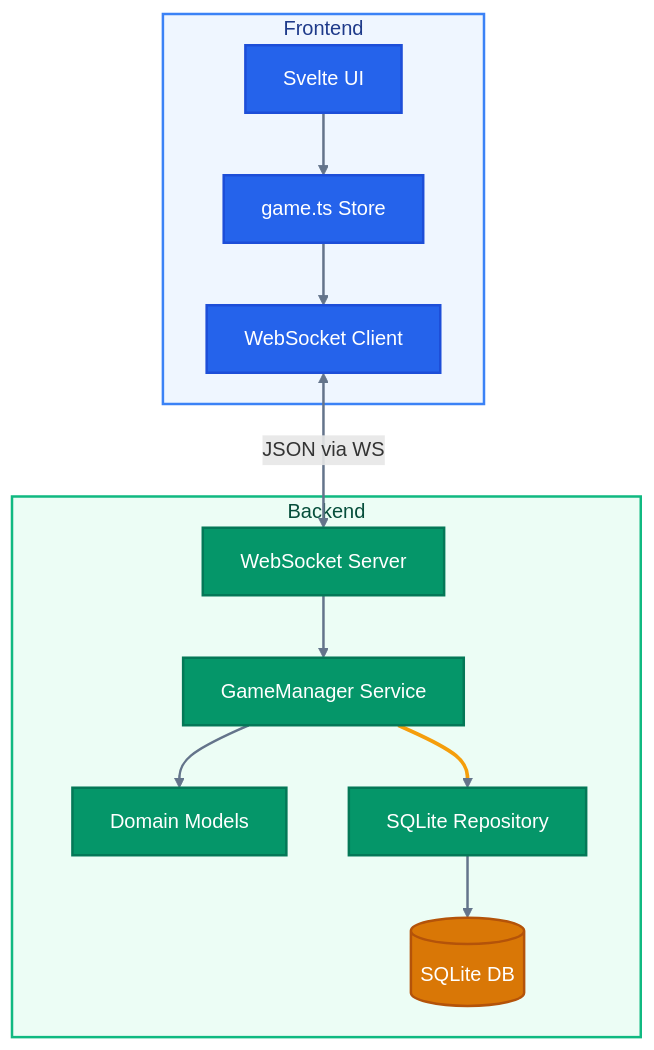
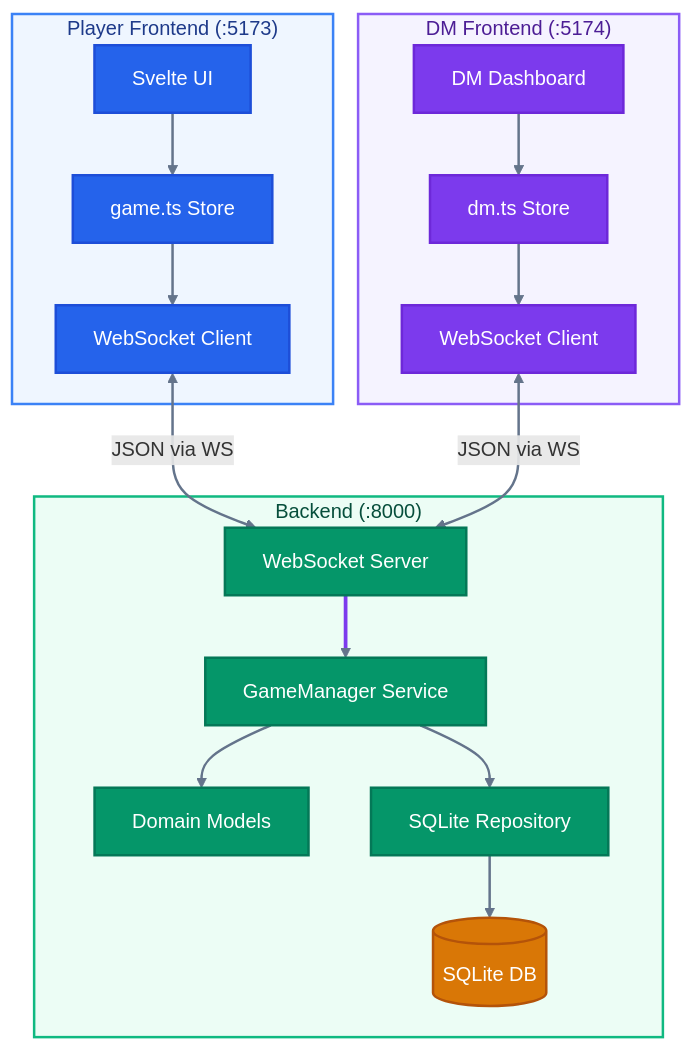
Before and after one commit to fanama/dnd: the first of 2 diagrams in README.md, drawn with Mermaid. The commit also changed other lines of this file and 22 other files, not shown here.

````diff
--- a/README.md
+++ b/README.md
@@ -45,25 +61,33 @@
 ```mermaid
 graph TD
     classDef feNode fill:#2563eb,stroke:#1d4ed8,stroke-width:2px,color:#fff;
+    classDef dmNode fill:#7c3aed,stroke:#6d28d9,stroke-width:2px,color:#fff;
     classDef beNode fill:#059669,stroke:#047857,stroke-width:2px,color:#fff;
     classDef dbNode fill:#d97706,stroke:#b45309,stroke-width:2px,color:#fff;
 
-    subgraph Frontend["Frontend"]
-        UI[Svelte UI]:::feNode --> Store[game.ts Store]:::feNode
-        Store --> WS_C[WebSocket Client]:::feNode
+    subgraph PlayFrontend["Player Frontend (:5173)"]
+        PUI[Svelte UI]:::feNode --> PStore[game.ts Store]:::feNode
+        PStore --> PWS[WebSocket Client]:::feNode
     end
 
-    subgraph Backend["Backend"]
+    subgraph DMFrontend["DM Frontend (:5174)"]
+        DUI[DM Dashboard]:::dmNode --> DStore[dm.ts Store]:::dmNode
+        DStore --> DWS[WebSocket Client]:::dmNode
+    end
+
+    subgraph Backend["Backend (:8000)"]
         WS_S[WebSocket Server]:::beNode --> GM[GameManager Service]:::beNode
         GM --> Domain[Domain Models]:::beNode
         GM --> Repo[SQLite Repository]:::beNode
         Repo --> DB[(SQLite DB)]:::dbNode
     end
 
-    WS_C <-->|JSON via WS| WS_S
+    PWS <-->|JSON via WS| WS_S
+    DWS <-->|JSON via WS| WS_S
 
-    style Frontend fill:#eff6ff,stroke:#3b82f6,stroke-width:2px,color:#1e3a8a
+    style PlayFrontend fill:#eff6ff,stroke:#3b82f6,stroke-width:2px,color:#1e3a8a
+    style DMFrontend fill:#f5f3ff,stroke:#8b5cf6,stroke-width:2px,color:#4c1d95
     style Backend fill:#ecfdf5,stroke:#10b981,stroke-width:2px,color:#064e3b
     linkStyle default stroke:#64748b,stroke-width:2px;
-    linkStyle 4 stroke:#f59e0b,stroke-width:3px;
+    linkStyle 4 stroke:#7c3aed,stroke-width:3px;
 ```
````
